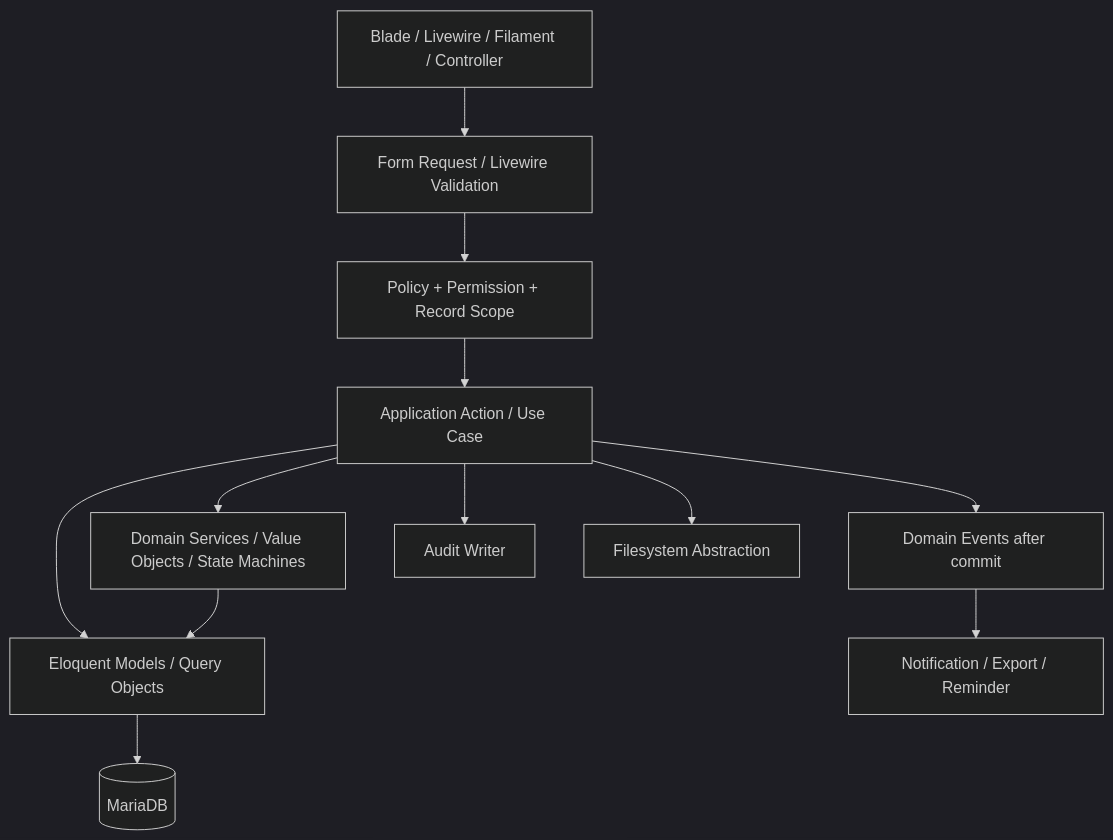
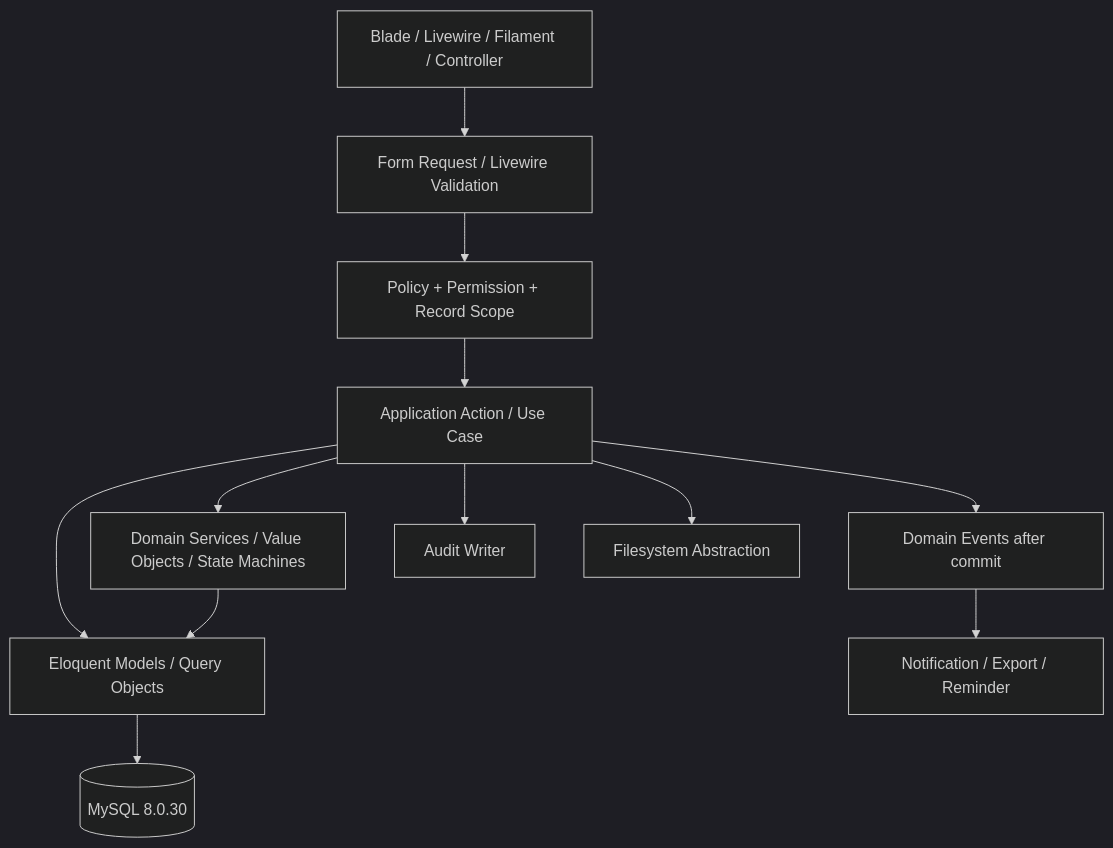
One commit to Faizpi/banksampahsindangheula changed the second of 3 diagrams in docs/ARCHITECTURE.md. Above: the diagram before and after it, drawn with Mermaid (dark theme). The commit also changed other lines of this file and 11 other files, not shown here.

````diff
--- a/docs/ARCHITECTURE.md
+++ b/docs/ARCHITECTURE.md
@@ -116,14 +116,14 @@
 ```mermaid
 flowchart TD
     UI[Blade / Livewire / Filament / Controller] --> Request[Form Request / Livewire Validation]
     Request --> Policy[Policy + Permission + Record Scope]
     Policy --> Action[Application Action / Use Case]
     Action --> Domain[Domain Services / Value Objects / State Machines]
     Action --> Models[Eloquent Models / Query Objects]
     Domain --> Models
-    Models --> DB[(MariaDB)]
+    Models --> DB[(MySQL 8.0.30)]
     Action --> Events[Domain Events after commit]
     Events --> Notifications[Notification / Export / Reminder]
     Action --> Audit[Audit Writer]
     Action --> Storage[Filesystem Abstraction]
 ```
````
